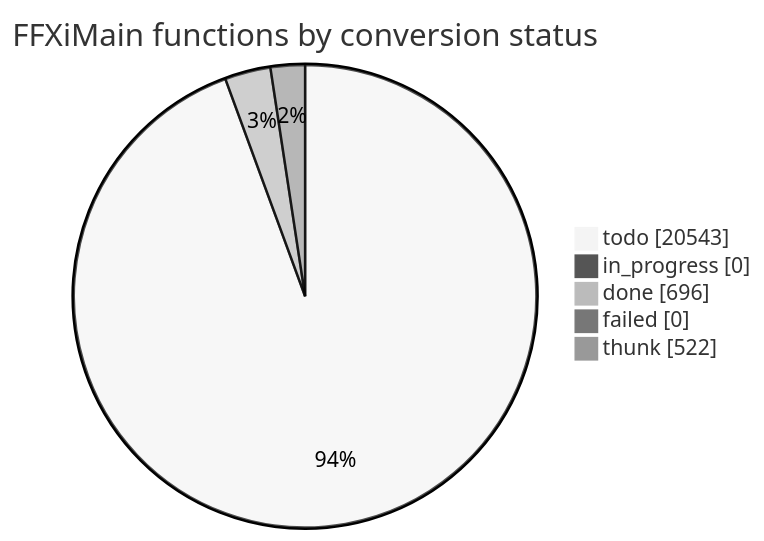
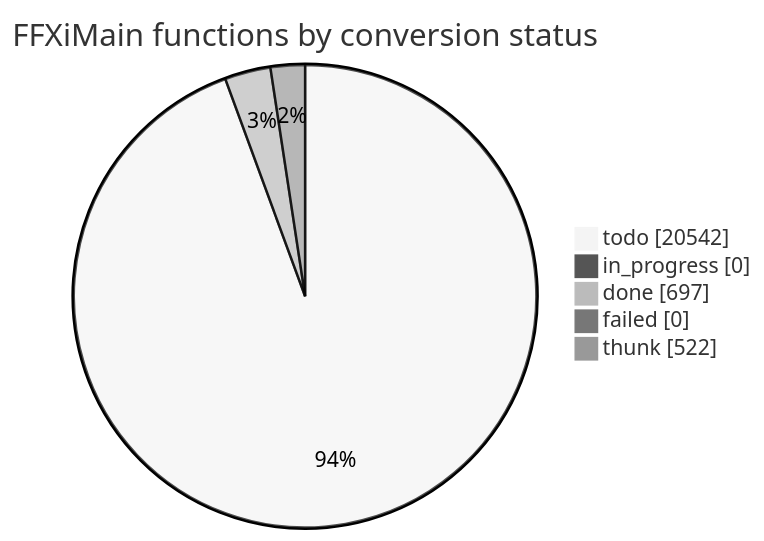
Before and after one commit to cowrevenge/cow_kuluu_xi_anything: the diagram in docs/cow/STATUS.md, drawn with Mermaid (neutral theme). The commit also changed other lines of this file and 9 other files, not shown here.

````diff
--- a/docs/cow/STATUS.md
+++ b/docs/cow/STATUS.md
@@ -18,9 +18,9 @@
 ```mermaid
 pie showData
     title FFXiMain functions by conversion status
-    "todo" : 20543
+    "todo" : 20542
     "in_progress" : 0
-    "done" : 696
+    "done" : 697
     "failed" : 0
     "thunk" : 522
 ```
````
